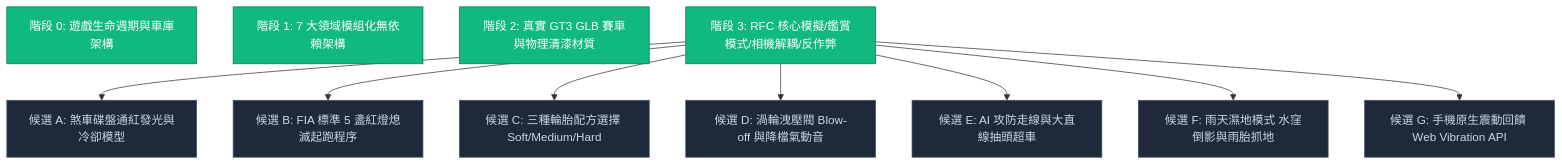
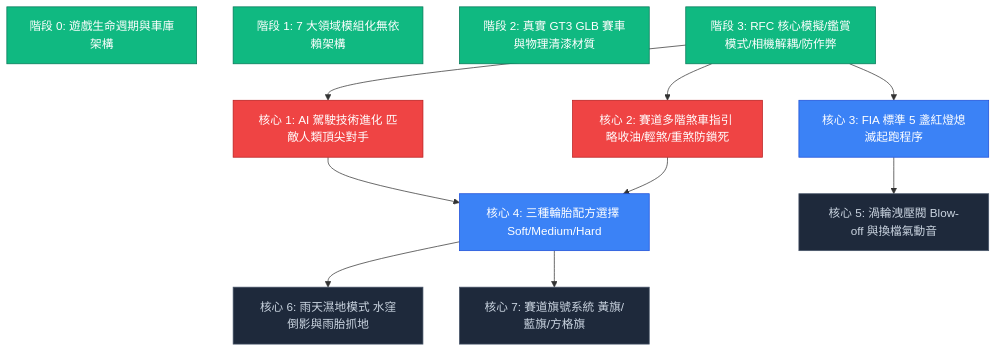
Before and after one commit to Raymond-luo-code/Apex-pro-racing: the first of 2 diagrams in OPTIMIZATION_PLAN.md, drawn with Mermaid. The commit also changed other lines of this file and 1 other file, not shown here.

````diff
--- a/OPTIMIZATION_PLAN.md
+++ b/OPTIMIZATION_PLAN.md
@@ -10,27 +10,29 @@
 ```mermaid
 graph TD
     classDef done fill:#10b981,stroke:#047857,color:#fff;
+    classDef high fill:#ef4444,stroke:#b91c1c,color:#fff;
     classDef ready fill:#3b82f6,stroke:#1d4ed8,color:#fff;
     classDef candidate fill:#1e293b,stroke:#475569,color:#cbd5e1;
 
     M0[階段 0: 遊戲生命週期與車庫架構]:::done
     M1[階段 1: 7 大領域模組化無依賴架構]:::done
     M2[階段 2: 真實 GT3 GLB 賽車與物理清漆材質]:::done
-    M3[階段 3: RFC 核心模擬/鑑賞模式/相機解耦/反作弊]:::done
+    M3[階段 3: RFC 核心模擬/鑑賞模式/相機解耦/防作弊]:::done
     
-    C1[候選 A: 煞車碟盤通紅發光與冷卻模型]:::candidate
-    C2[候選 B: FIA 標準 5 盞紅燈熄滅起跑程序]:::candidate
-    C3[候選 C: 三種輪胎配方選擇 Soft/Medium/Hard]:::candidate
-    C4[候選 D: 渦輪洩壓閥 Blow-off 與降檔氣動音]:::candidate
-    C5[候選 E: AI 攻防走線與大直線抽頭超車]:::candidate
-    C6[候選 F: 雨天濕地模式 水窪倒影與雨胎抓地]:::candidate
-    C7[候選 G: 手機原生震動回饋 Web Vibration API]:::candidate
+    C_AI[核心 1: AI 駕駛技術進化 匹敵人類頂尖對手]:::high
+    C_BRK[核心 2: 賽道多階煞車指引 略收油/輕煞/重煞防鎖死]:::high
+    C_START[核心 3: FIA 標準 5 盞紅燈熄滅起跑程序]:::ready
+    C_TIRE[核心 4: 三種輪胎配方選擇 Soft/Medium/Hard]:::ready
+    C_AUDIO[核心 5: 渦輪洩壓閥 Blow-off 與換檔氣動音]:::candidate
+    C_WET[核心 6: 雨天濕地模式 水窪倒影與雨胎抓地]:::candidate
+    C_FLAG[核心 7: 賽道旗號系統 黃旗/藍旗/方格旗]:::candidate
 
-    M3 --> C1
-    M3 --> C2
-    M3 --> C3
-    M3 --> C4
-    M3 --> C5
-    M3 --> C6
-    M3 --> C7
+    M3 --> C_AI
+    M3 --> C_BRK
+    M3 --> C_START
+    C_AI --> C_TIRE
+    C_BRK --> C_TIRE
+    C_START --> C_AUDIO
+    C_TIRE --> C_WET
+    C_TIRE --> C_FLAG
 ```
````
